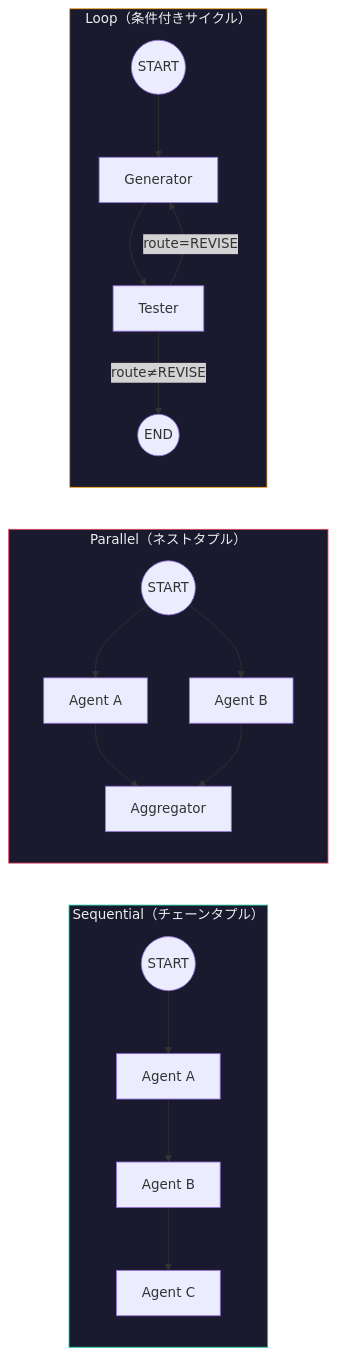
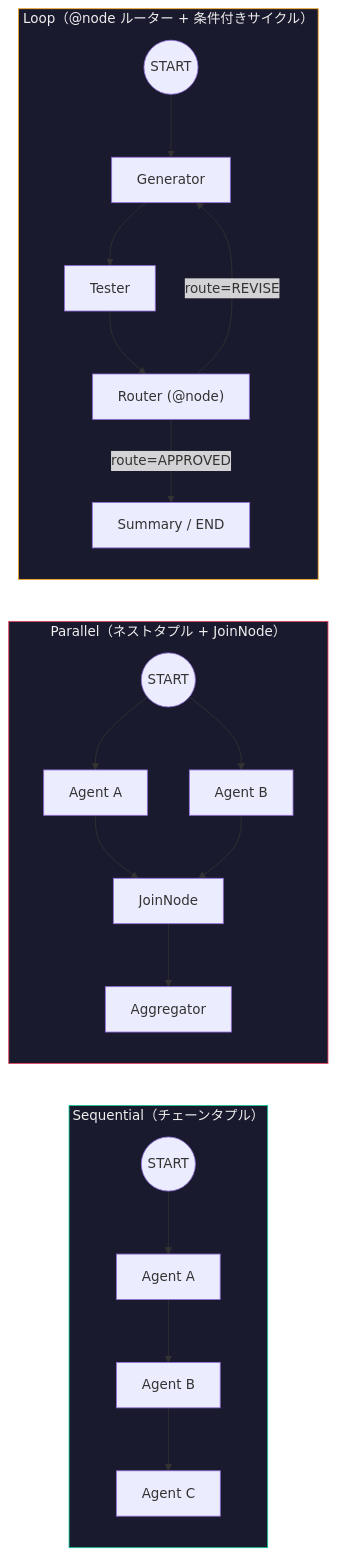
The third of 8 diagrams in docs/v1-to-v2-migration-guide.md (tyorikan/agent-design-patterns), drawn with Mermaid before and after one commit. The commit also changed other lines of this file and 15 other files, not shown here.

````diff
--- a/docs/v1-to-v2-migration-guide.md
+++ b/docs/v1-to-v2-migration-guide.md
@@ -157,23 +158,24 @@
 ```mermaid
 graph LR
     subgraph chain["Sequential（チェーンタプル）"]
         S1((START)) --> A1[Agent A] --> B1[Agent B] --> C1[Agent C]
     end
 
-    subgraph parallel["Parallel（ネストタプル）"]
+    subgraph parallel["Parallel（ネストタプル + JoinNode）"]
         S2((START)) --> A2[Agent A]
         S2 --> B2[Agent B]
-        A2 --> AGG[Aggregator]
-        B2 --> AGG
+        A2 --> J2[JoinNode]
+        B2 --> J2
+        J2 --> AGG[Aggregator]
     end
 
-    subgraph loop["Loop（条件付きサイクル）"]
-        S3((START)) --> G[Generator] --> T[Tester]
-        T -->|"route=REVISE"| G
-        T -->|"route≠REVISE"| END3((END))
+    subgraph loop["Loop（@node ルーター + 条件付きサイクル）"]
+        S3((START)) --> G[Generator] --> T[Tester] --> R["Router (@node)"]
+        R -->|"route=REVISE"| G
+        R -->|"route=APPROVED"| END3[Summary / END]
     end
 
     style chain fill:#1a1a2e,stroke:#16c79a,color:#eee
     style parallel fill:#1a1a2e,stroke:#e94560,color:#eee
     style loop fill:#1a1a2e,stroke:#f5a623,color:#eee
 ```
````
